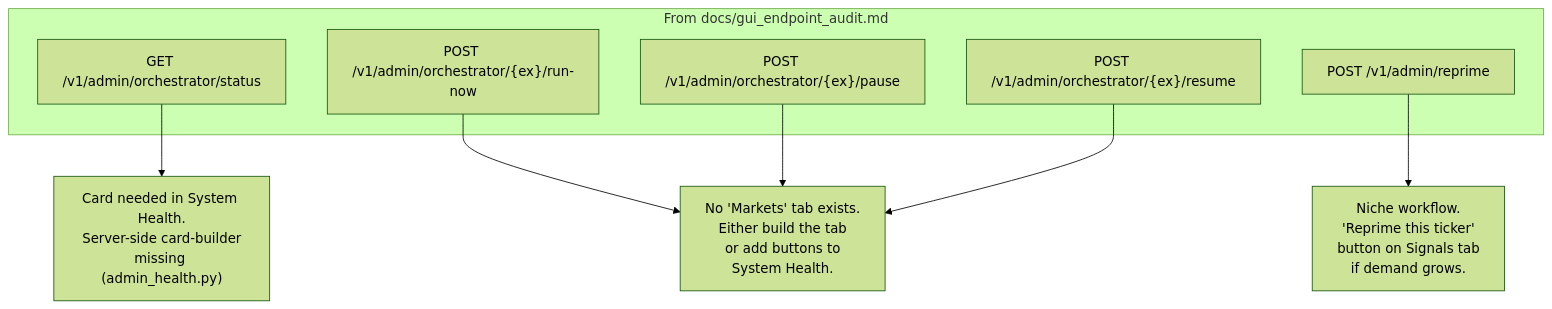
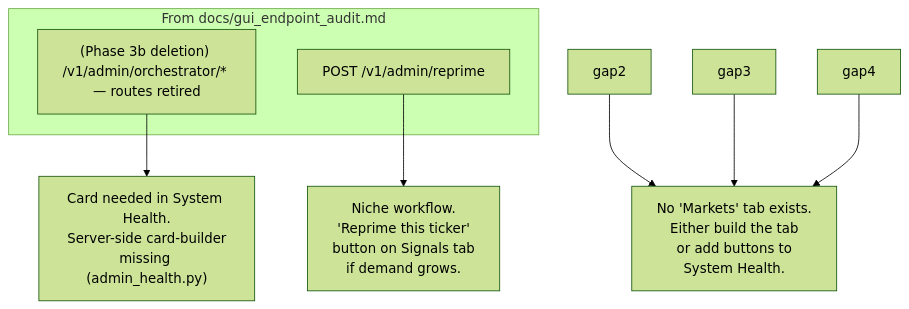
The fifth of 18 diagrams in 03_OPEN_ITEMS.md (UBags/WeeklyStockSignals), drawn with Mermaid (forest theme) before and after one commit. The commit also changed other lines of this file and 30 other files, not shown here.

````diff
--- a/03_OPEN_ITEMS.md
+++ b/03_OPEN_ITEMS.md
@@ -141,15 +141,12 @@
 ```mermaid
 flowchart TB
     subgraph audit["From docs/gui_endpoint_audit.md"]
-        gap1["GET /v1/admin/orchestrator/status"]
-        gap2["POST /v1/admin/orchestrator/{ex}/run-now"]
-        gap3["POST /v1/admin/orchestrator/{ex}/pause"]
-        gap4["POST /v1/admin/orchestrator/{ex}/resume"]
+        gap1["(Phase 3b deletion) /v1/admin/orchestrator/* — routes retired"]
         gap5["POST /v1/admin/reprime"]
     end
     gap1 --> a1["Card needed in System Health.<br/>Server-side card-builder<br/>missing (admin_health.py)"]
     gap2 --> a2["No 'Markets' tab exists.<br/>Either build the tab<br/>or add buttons to<br/>System Health."]
     gap3 --> a2
     gap4 --> a2
     gap5 --> a3["Niche workflow.<br/>'Reprime this ticker'<br/>button on Signals tab<br/>if demand grows."]
 ```
````
